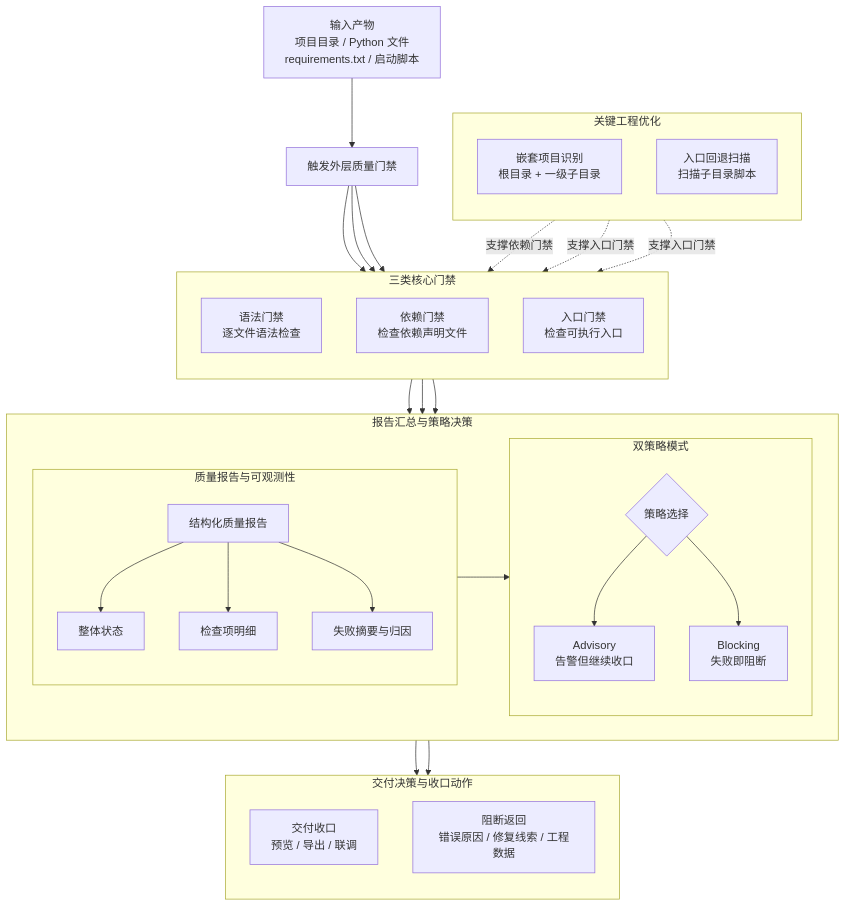
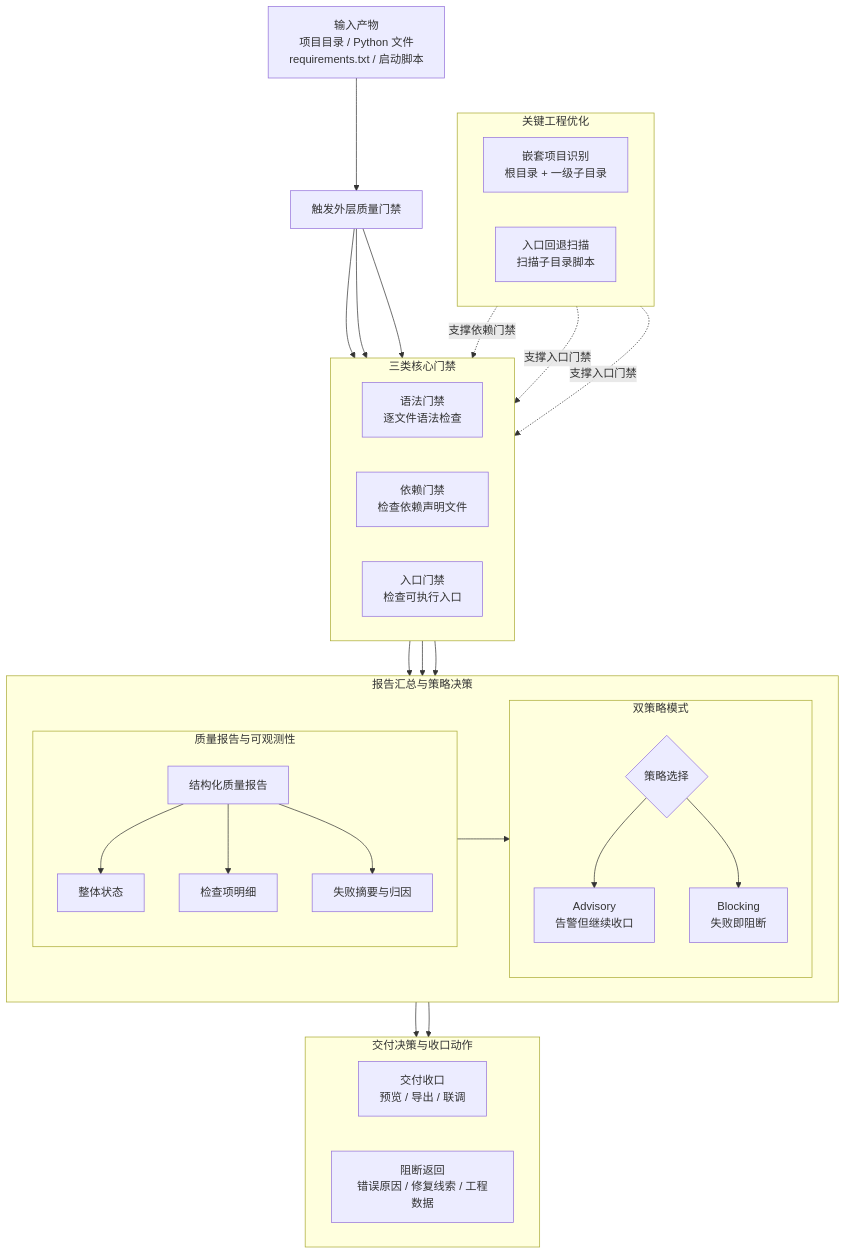
Before and after one commit to William88866/iodraw-files: the diagram in all/未命名-3.md, drawn with Mermaid.

Commit message:
2026-04-11 19:38:03 update

````diff
--- a/all/未命名-3.md
+++ b/all/未命名-3.md
@@ -1,69 +1,69 @@
 ```mermaid
 graph TD
 
 A[输入产物<br/>项目目录 / Python 文件<br/>requirements.txt / 启动脚本]
 B[触发外层质量门禁]
 
 A --> B
 
+subgraph D[关键工程优化]
+direction LR
+D1[嵌套项目识别<br/>根目录 + 一级子目录]
+D2[入口回退扫描<br/>扫描子目录脚本]
+end
+
 subgraph C[三类核心门禁]
-direction TB
+direction LR
 C1[语法门禁<br/>逐文件语法检查]
 C2[依赖门禁<br/>检查依赖声明文件]
 C3[入口门禁<br/>检查可执行入口]
 end
 
 B --> C1
 B --> C2
 B --> C3
-
-subgraph D[关键工程优化]
-direction TB
-D1[嵌套项目识别<br/>根目录 + 一级子目录]
-D2[入口回退扫描<br/>扫描子目录脚本]
-end
 
 D1 -.支撑依赖门禁.-> C2
 D1 -.支撑入口门禁.-> C3
 D2 -.支撑入口门禁.-> C3
 
 subgraph H[报告汇总与策略决策]
 direction LR
 
 subgraph E[质量报告与可观测性]
 direction TB
 E1[结构化质量报告]
 E2[整体状态]
 E3[检查项明细]
 E4[失败摘要与归因]
 E1 --> E2
 E1 --> E3
 E1 --> E4
 end
 
 subgraph F[双策略模式]
 direction TB
 F1{策略选择}
 F2[Advisory<br/>告警但继续收口]
 F3[Blocking<br/>失败即阻断]
 F1 --> F2
 F1 --> F3
 end
 
 end
 
 C1 --> E1
 C2 --> E1
 C3 --> E1
 E1 --> F1
 
 subgraph G[交付决策与收口动作]
-direction TB
+direction LR
 G1[交付收口<br/>预览 / 导出 / 联调]
 G2[阻断返回<br/>错误原因 / 修复线索 / 工程数据]
 end
 
 F2 --> G1
 F3 --> G2
 
 ```
````
